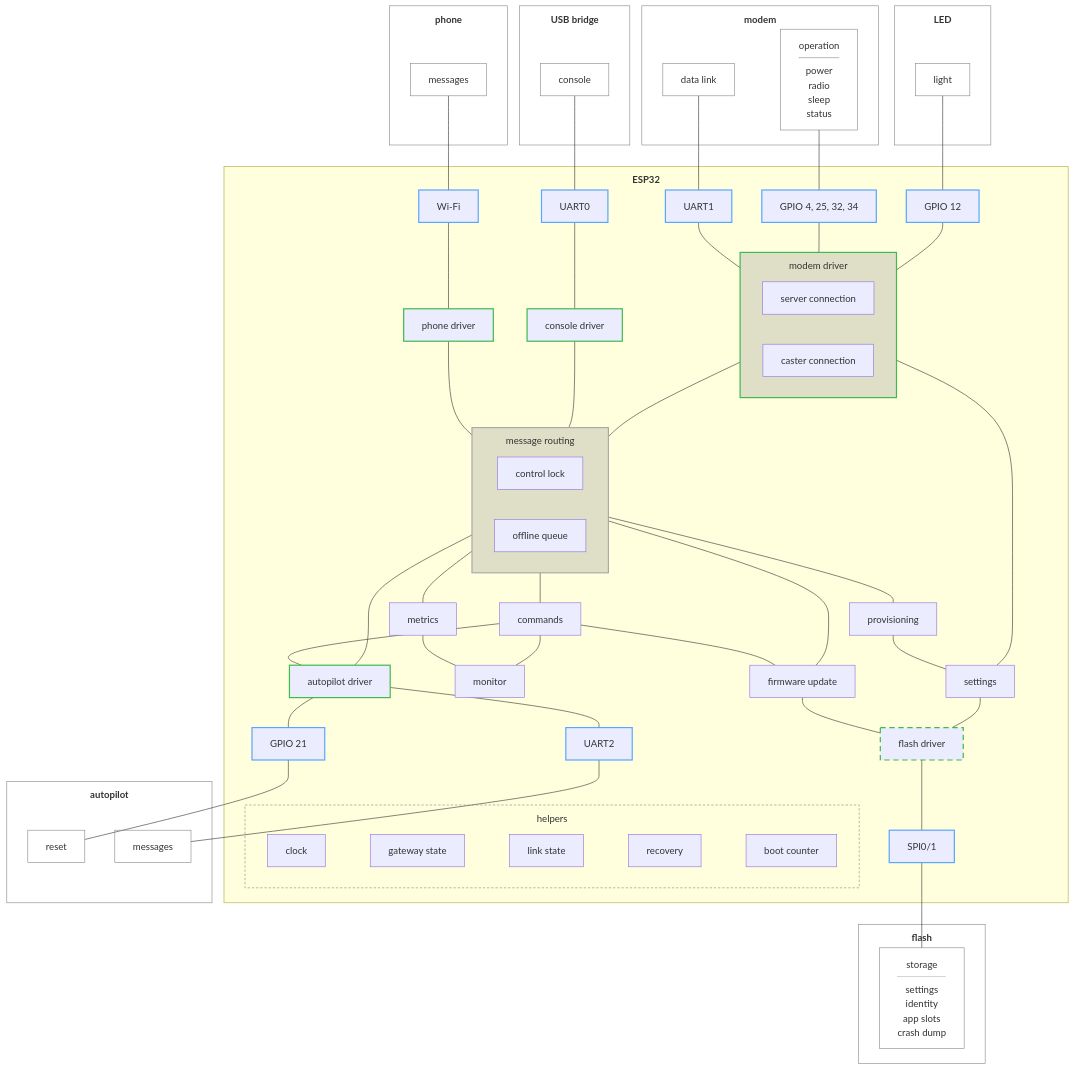
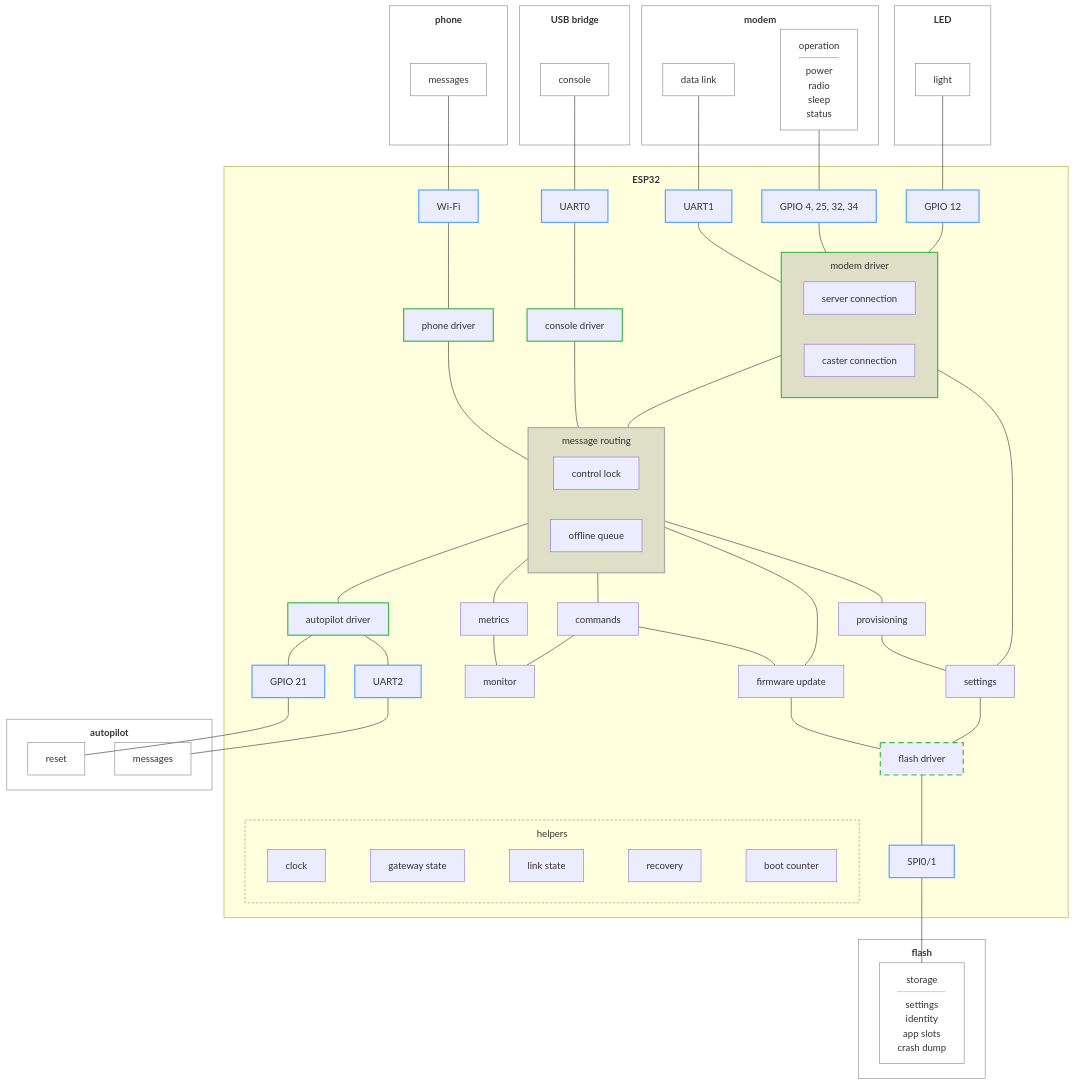
Before and after one commit to rmx-lt/rmx-mower-gateway: the diagram in .esp-architecture/diagrams/block-draft.md, drawn with Mermaid.

Commit message:
Draft: autopilot reset is a message to the autopilot driver

```diff
--- a/.esp-architecture/diagrams/block-draft.md
+++ b/.esp-architecture/diagrams/block-draft.md
@@ -85,7 +85,6 @@
   cmd --- upd
   conn --- set
   prov --- set
-  cmd --- bl
   upd --- fs
   set --- fs
   fs --- sp --- fparts
```
